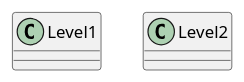
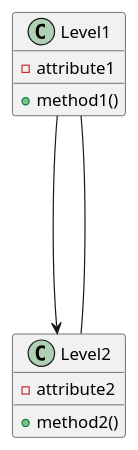
One commit to mpekim/Game_Dev_Club_Fall2016 changed the diagram in MANUAL.md. Above: the diagram before and after it, drawn with PlantUML.

Commit message:
Adding class attributes and methods to the Levels, as well as connections.

````diff
--- a/MANUAL.md
+++ b/MANUAL.md
@@ -19,9 +19,16 @@
 ```plantuml
 class Level1{
-
+    +method1()
+    
+    -attribute1
 }
 
 class Level2{
-    
+    +method2()
+
+    -attribute2
 }
+
+Level1 --down--> Level2
+Level2 --up-- Level1
 ```
````
